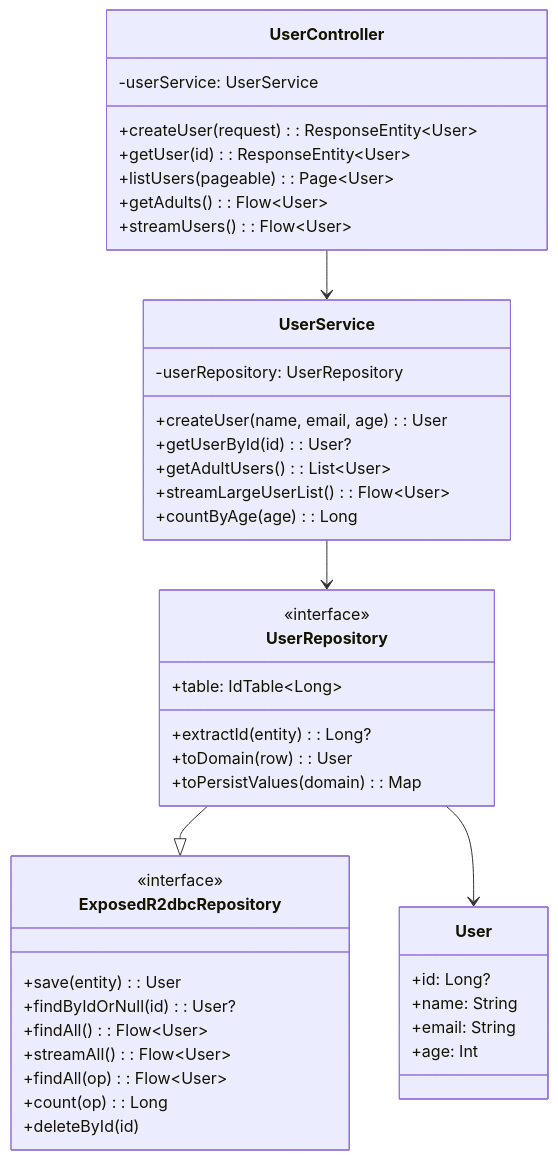
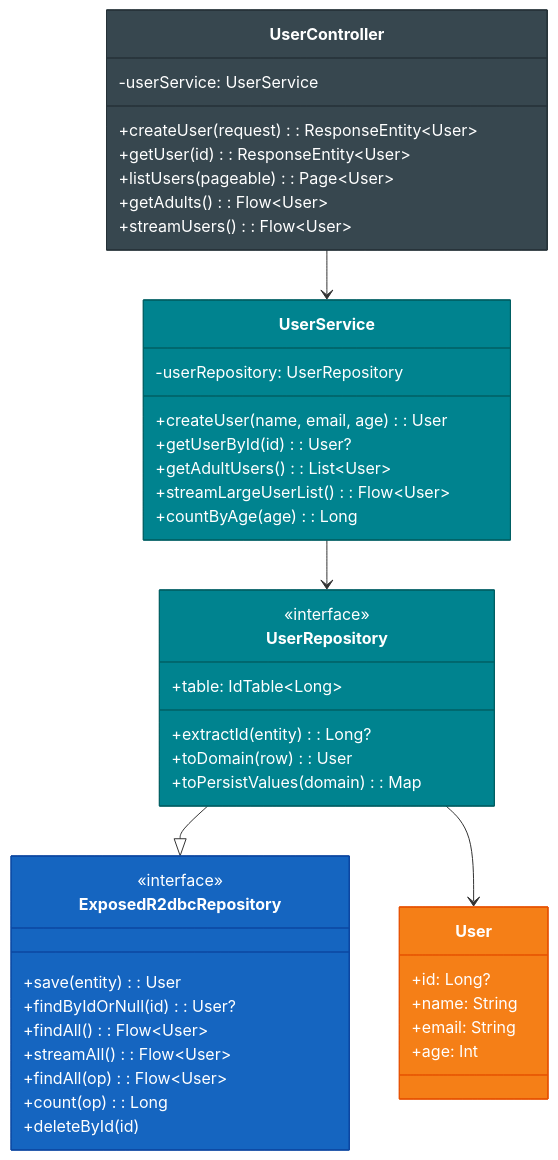
The first of 2 diagrams in spring-boot3/exposed-r2dbc/README.ko.md (bluetape4k/bluetape4k-projects), drawn with Mermaid before and after one commit. The commit also changed other lines of this file and 221 other files, not shown here.

First line of the commit message:
docs: 전체 모듈 README UML 다이어그램 보강 및 색상 업그레이드

````diff
--- a/spring-boot3/exposed-r2dbc/README.ko.md
+++ b/spring-boot3/exposed-r2dbc/README.ko.md
@@ -11,47 +11,53 @@
 ```mermaid
 classDiagram
     class UserController {
         -userService: UserService
         +createUser(request): ResponseEntity~User~
         +getUser(id): ResponseEntity~User~
         +listUsers(pageable): Page~User~
         +getAdults(): Flow~User~
         +streamUsers(): Flow~User~
     }
     class UserService {
         -userRepository: UserRepository
         +createUser(name, email, age): User
         +getUserById(id): User?
         +getAdultUsers(): List~User~
         +streamLargeUserList(): Flow~User~
         +countByAge(age): Long
     }
     class UserRepository {
         <<interface>>
         +table: IdTable~Long~
         +extractId(entity): Long?
         +toDomain(row): User
         +toPersistValues(domain): Map
     }
     class ExposedR2dbcRepository {
         <<interface>>
         +save(entity): User
         +findByIdOrNull(id): User?
         +findAll(): Flow~User~
         +streamAll(): Flow~User~
         +findAll(op): Flow~User~
         +count(op): Long
         +deleteById(id)
     }
     class User {
         +id: Long?
         +name: String
         +email: String
         +age: Int
     }
 
     UserController --> UserService
     UserService --> UserRepository
     UserRepository --|> ExposedR2dbcRepository
     UserRepository --> User
+
+    style UserController fill:#37474F,stroke:#263238,color:#FFFFFF
+    style UserService fill:#00838F,stroke:#006064,color:#FFFFFF
+    style UserRepository fill:#00838F,stroke:#006064,color:#FFFFFF
+    style ExposedR2dbcRepository fill:#1565C0,stroke:#0D47A1,color:#FFFFFF
+    style User fill:#F57F17,stroke:#E65100,color:#FFFFFF
 ```
````
